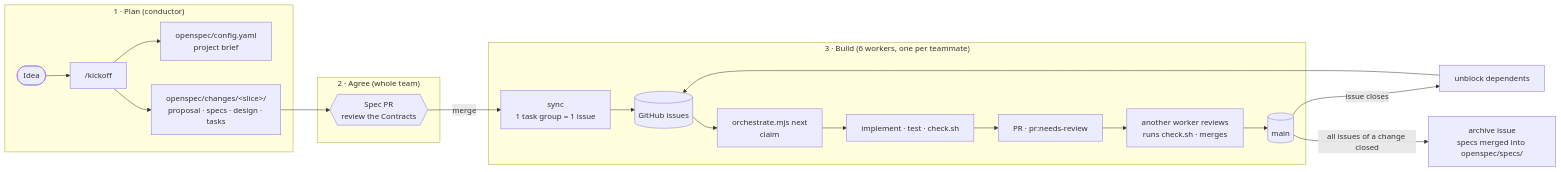
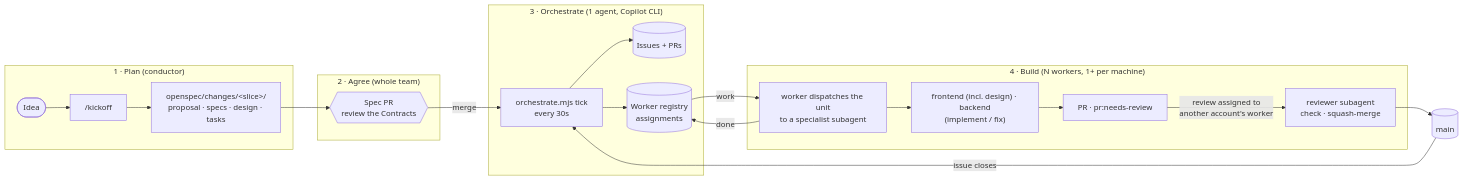
One commit to KKogaa/hackathon-sdlc-kit changed the first of 4 diagrams in README.md. Above: the diagram before and after it, drawn with Mermaid. The commit also changed other lines of this file and 42 other files, not shown here.

First line of the commit message:
feat: orchestrator agent, n workers and windows-only, no-bash kit

````diff
--- a/README.md
+++ b/README.md
@@ -21,26 +18,28 @@
 ```mermaid
 flowchart LR
     subgraph PLAN["1 · Plan (conductor)"]
         idea([Idea]) --> kickoff["/kickoff"]
-        kickoff --> brief["openspec/config.yaml<br/>project brief"]
         kickoff --> changes["openspec/changes/&lt;slice&gt;/<br/>proposal · specs · design · tasks"]
     end
 
     subgraph AGREE["2 · Agree (whole team)"]
         changes --> specPR{{"Spec PR<br/>review the Contracts"}}
     end
 
-    subgraph BUILD["3 · Build (6 workers, one per teammate)"]
-        specPR -- merge --> sync["sync<br/>1 task group = 1 issue"]
-        sync --> board[("GitHub issues")]
-        board --> next["orchestrate.mjs next<br/>claim"]
-        next --> build["implement · test · check.sh"]
-        build --> pr["PR · pr:needs-review"]
-        pr --> review["another worker reviews<br/>runs check.sh · merges"]
-        review --> main[(main)]
+    subgraph ORCH["3 · Orchestrate (1 agent, Copilot CLI)"]
+        specPR -- merge --> tick["orchestrate.mjs tick<br/>every 30s"]
+        tick --> board[("Issues + PRs")]
+        tick --> registry[("Worker registry<br/>assignments")]
     end
 
-    main -- "issue closes" --> unblock["unblock dependents"]
-    unblock --> board
-    main -- "all issues of a change closed" --> archive["archive issue<br/>specs merged into openspec/specs/"]
+    subgraph BUILD["4 · Build (N workers, 1+ per machine)"]
+        registry -- "work" --> w["worker dispatches the unit<br/>to a specialist subagent"]
+        w --> roles["frontend (incl. design) · backend<br/>(implement / fix)"]
+        roles --> pr["PR · pr:needs-review"]
+        pr -- "review assigned to<br/>another account's worker" --> merge["reviewer subagent<br/>check · squash-merge"]
+        w -- "done" --> registry
+    end
+
+    merge --> main[(main)]
+    main -- "issue closes" --> tick
 ```
````
